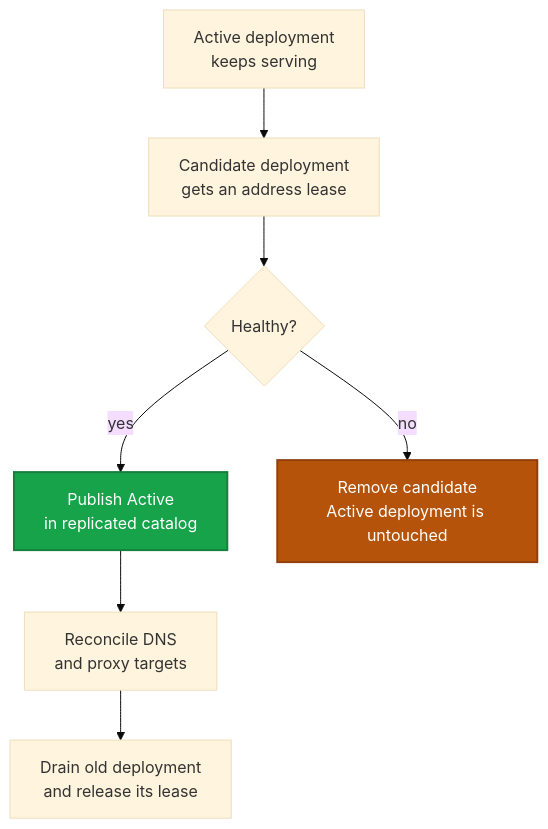
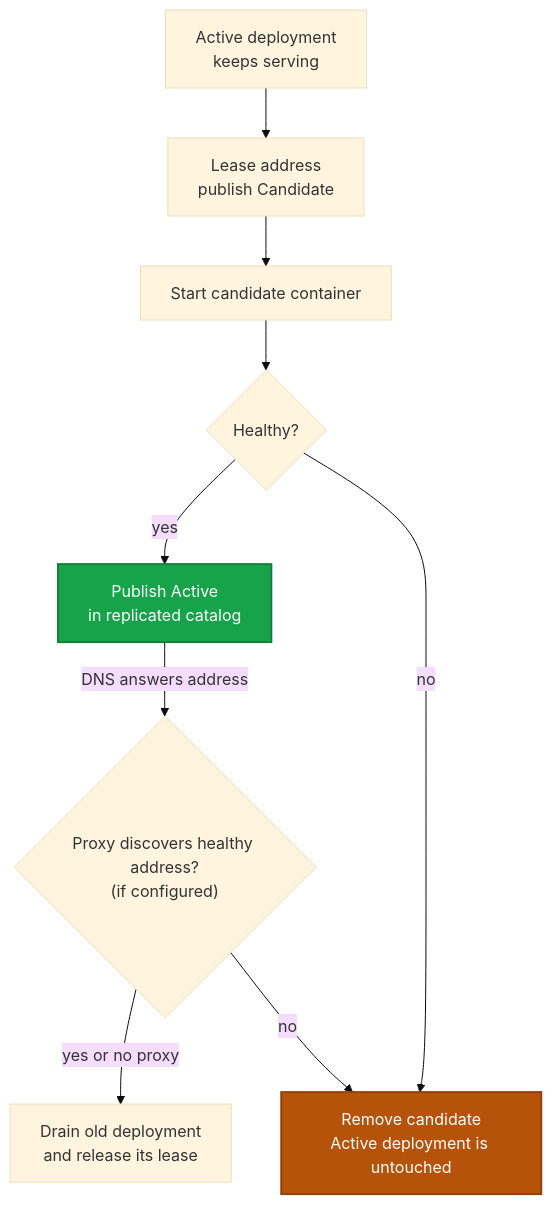
The diagram in app/docs/guides/deployment/page.mdx (acidtib/jiji-website), drawn with Mermaid (base theme) before and after one commit. The commit also changed 7 other files, not shown here.

````diff
--- a/app/docs/guides/deployment/page.mdx
+++ b/app/docs/guides/deployment/page.mdx
@@ -15,21 +15,24 @@
 ```mermaid
 flowchart TB
   accTitle: Zero-downtime deployment decision flow
-  accDescr: Jiji starts a candidate beside the active container. A healthy candidate receives traffic before the old container is removed, while a failed candidate is rolled back without affecting the active container.
+  accDescr: Jiji publishes a leased candidate before starting it beside the active container. After direct health succeeds, DNS answers the new address and Jiji verifies proxy discovery before draining the old deployment. Failed health or proxy verification rolls the candidate back.
   active["Active deployment<br/>keeps serving"]
-  candidate["Candidate deployment<br/>gets an address lease"]
+  candidate["Lease address<br/>publish Candidate"]
+  start["Start candidate container"]
   health{"Healthy?"}
   catalog["Publish Active<br/>in replicated catalog"]
-  routes["Reconcile DNS<br/>and proxy targets"]
+  routes{"Proxy discovers healthy address?<br/>(if configured)"}
   cleanup["Drain old deployment<br/>and release its lease"]
   rollback["Remove candidate<br/>Active deployment is untouched"]
 
-  active --> candidate --> health
-  health -->|"yes"| catalog --> routes --> cleanup
+  active --> candidate --> start --> health
+  health -->|"yes"| catalog -->|"DNS answers address"| routes
+  routes -->|"yes or no proxy"| cleanup
+  routes -->|"no"| rollback
   health -->|"no"| rollback
 
   classDef success fill:#16a34a,color:#fff,stroke:#15803d,stroke-width:2px
   classDef failure fill:#b45309,color:#fff,stroke:#92400e,stroke-width:2px
   class catalog success
   class rollback failure
 ```
````
